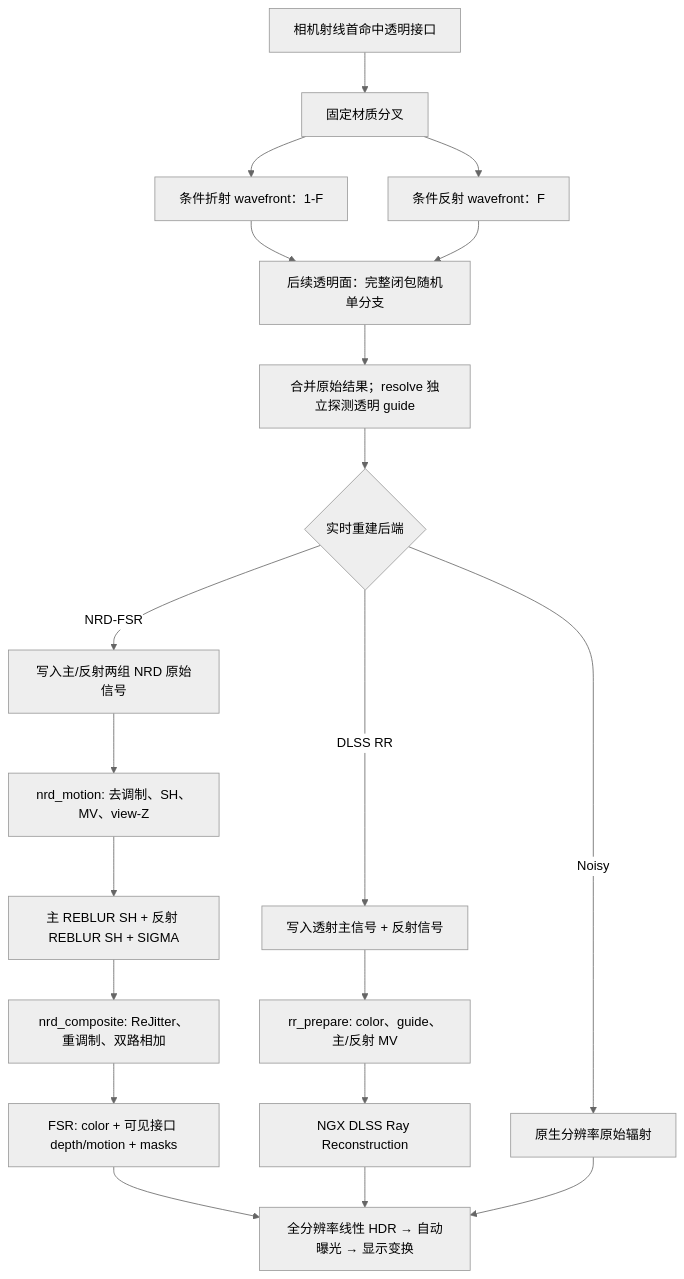
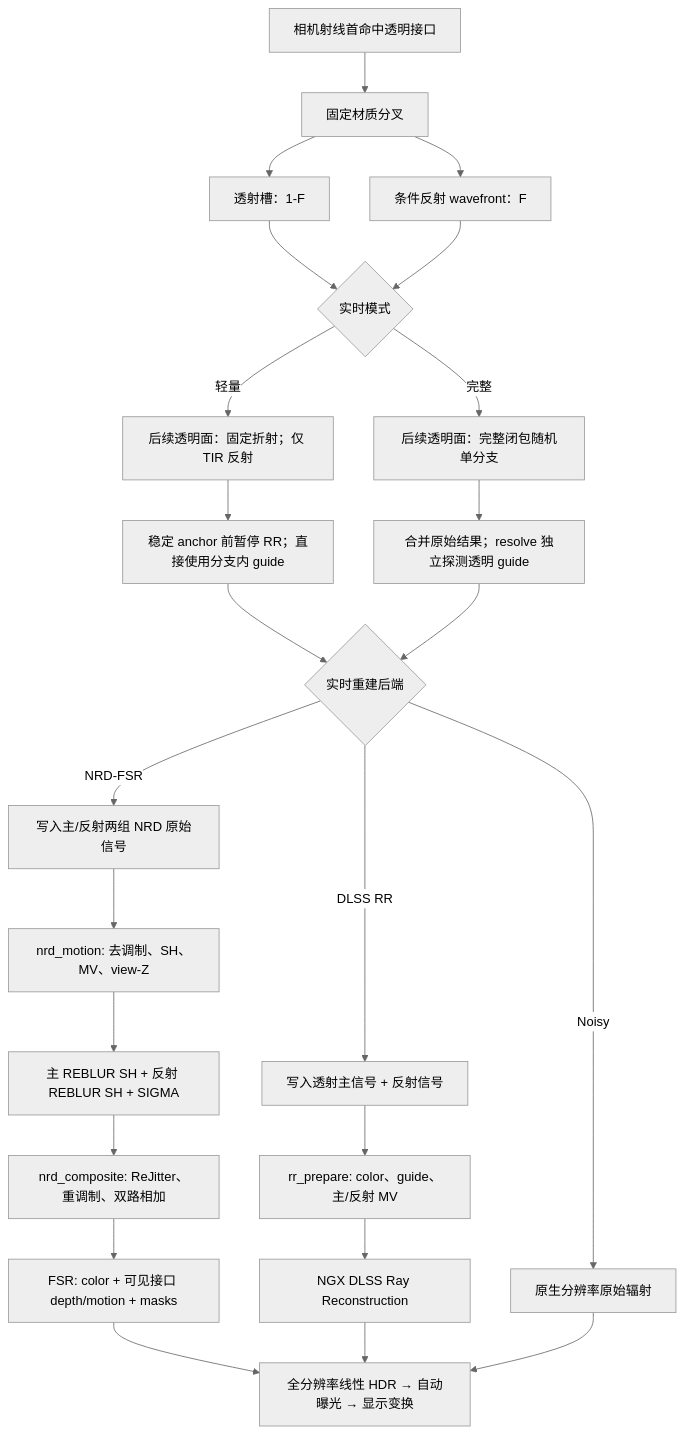
The diagram in docs/透明渲染与实时重建.md (187J3X1-114514/prime), drawn with Mermaid (neutral theme) before and after one commit. The commit also changed other lines of this file and 25 other files, not shown here.

````diff
--- a/docs/透明渲染与实时重建.md
+++ b/docs/透明渲染与实时重建.md
@@ -94,25 +97,29 @@
 ```mermaid
 flowchart TD
     A["相机射线首命中透明接口"] --> B["固定材质分叉"]
-    B --> T["条件折射 wavefront：1-F"]
+    B --> T["透射槽：1-F"]
     B --> R["条件反射 wavefront：F"]
-    T --> L["后续透明面：完整闭包随机单分支"]
+    T --> L{"实时模式"}
     R --> L
-    L --> M["合并原始结果；resolve 独立探测透明 guide"]
+    L -->|完整| LF["后续透明面：完整闭包随机单分支"]
+    LF --> M["合并原始结果；resolve 独立探测透明 guide"]
+    L -->|轻量| LL["后续透明面：固定折射；仅 TIR 反射"]
+    LL --> ML["稳定 anchor 前暂停 RR；直接使用分支内 guide"]
+    ML --> S
     M --> S{"实时重建后端"}
 
     S -->|NRD-FSR| N0["写入主/反射两组 NRD 原始信号"]
     N0 --> N1["nrd_motion: 去调制、SH、MV、view-Z"]
     N1 --> N2["主 REBLUR SH + 反射 REBLUR SH + SIGMA"]
     N2 --> N3["nrd_composite: ReJitter、重调制、双路相加"]
     N3 --> F["FSR: color + 可见接口 depth/motion + masks"]
     F --> D["全分辨率线性 HDR → 自动曝光 → 显示变换"]
 
     S -->|DLSS RR| Q0["写入透射主信号 + 反射信号"]
     Q0 --> Q1["rr_prepare: color、guide、主/反射 MV"]
     Q1 --> Q2["NGX DLSS Ray Reconstruction"]
     Q2 --> D
 
     S -->|Noisy| U0["原生分辨率原始辐射"]
     U0 --> D
 ```
````
